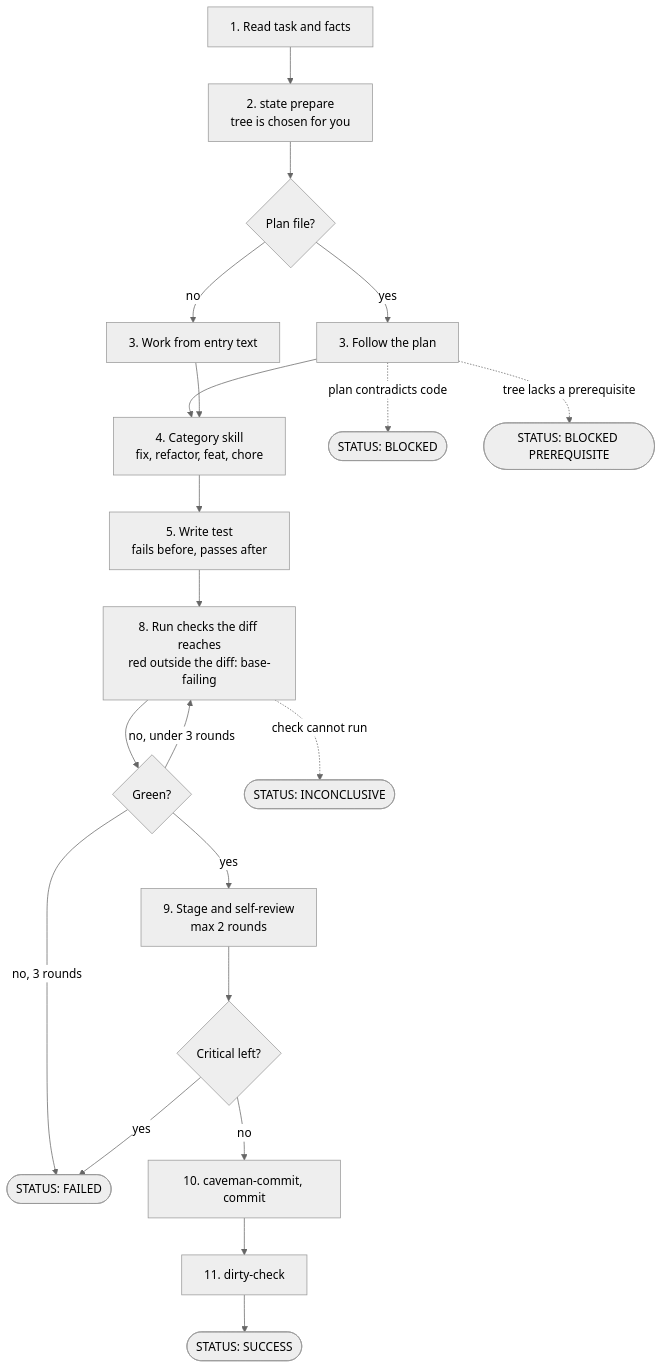
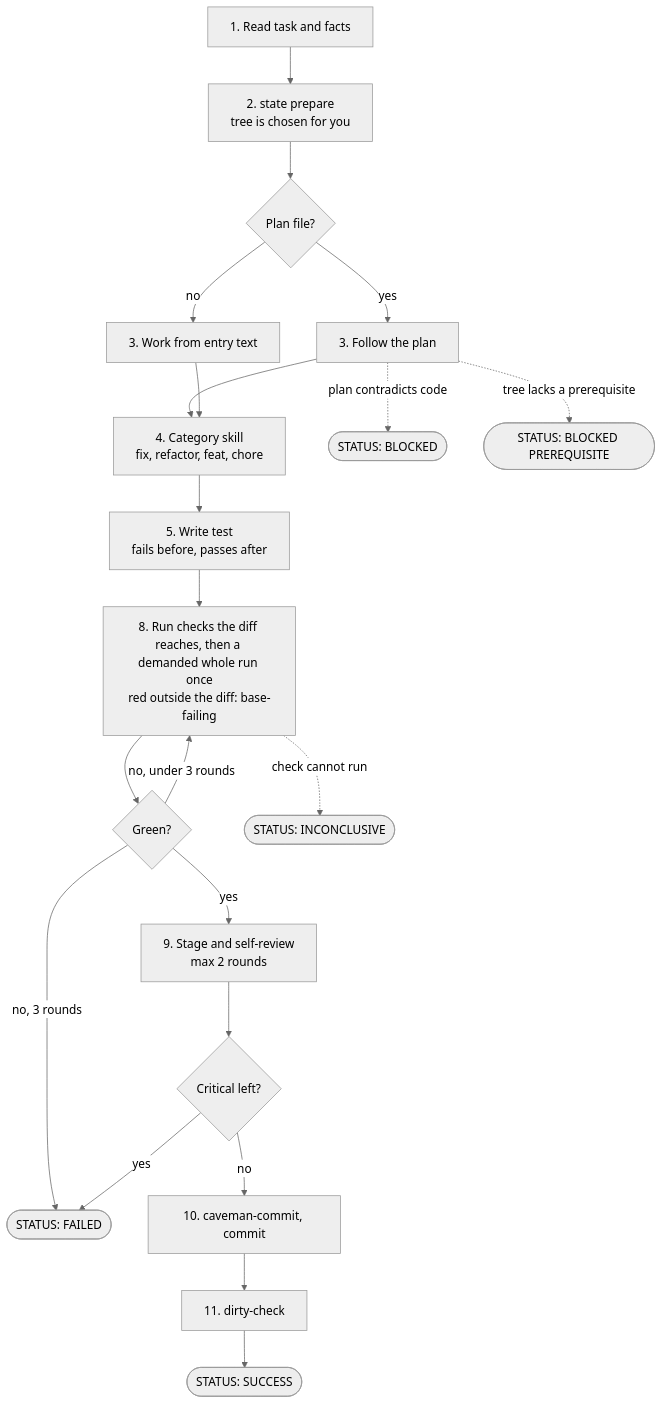
Before and after one commit to shortcuts/radin: the diagram in docs/agents/lifecycle/leaf-loop.mmd, drawn with Mermaid (neutral theme). The commit also changed 12 other files, not shown here.

```diff
--- a/docs/agents/lifecycle/leaf-loop.mmd
+++ b/docs/agents/lifecycle/leaf-loop.mmd
@@ -1,21 +1,21 @@
 flowchart TD
   s1[1. Read task and facts] --> s1a[2. state prepare<br/>tree is chosen for you]
   s1a --> plan{Plan file?}
   plan -- yes --> s2[3. Follow the plan]
   plan -- no --> s2b[3. Work from entry text]
   s2 --> s3
   s2b --> s3[4. Category skill<br/>fix, refactor, feat, chore]
   s3 --> s4[5. Write test<br/>fails before, passes after]
-  s4 --> s5[8. Run checks the diff reaches<br/>red outside the diff: base-failing]
+  s4 --> s5[8. Run checks the diff reaches, then a demanded whole run once<br/>red outside the diff: base-failing]
   s5 --> green{Green?}
   green -- no, under 3 rounds --> s5
   green -- no, 3 rounds --> failed([STATUS: FAILED])
   green -- yes --> s5a[9. Stage and self-review<br/>max 2 rounds]
   s5a --> crit{Critical left?}
   crit -- yes --> failed
   crit -- no --> s6[10. caveman-commit, commit]
   s6 --> s7[11. dirty-check]
   s7 --> ok([STATUS: SUCCESS])
   s2 -. plan contradicts code .-> blocked([STATUS: BLOCKED])
   s5 -. check cannot run .-> inc([STATUS: INCONCLUSIVE])
   s2 -. tree lacks a prerequisite .-> prereq([STATUS: BLOCKED PREREQUISITE])
```
